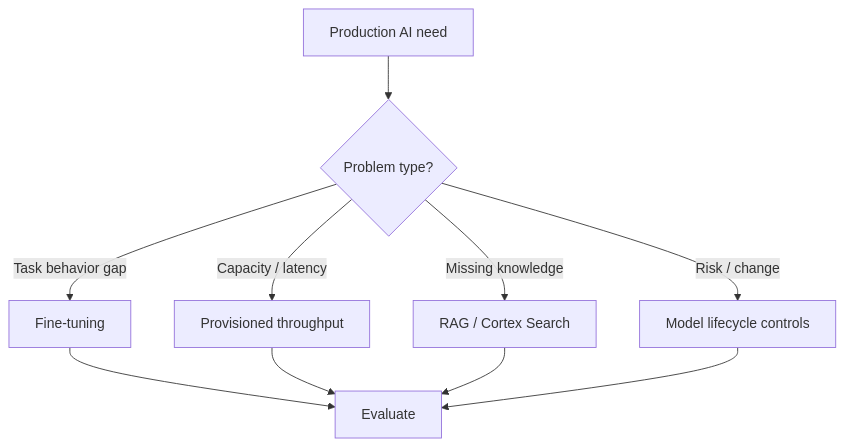
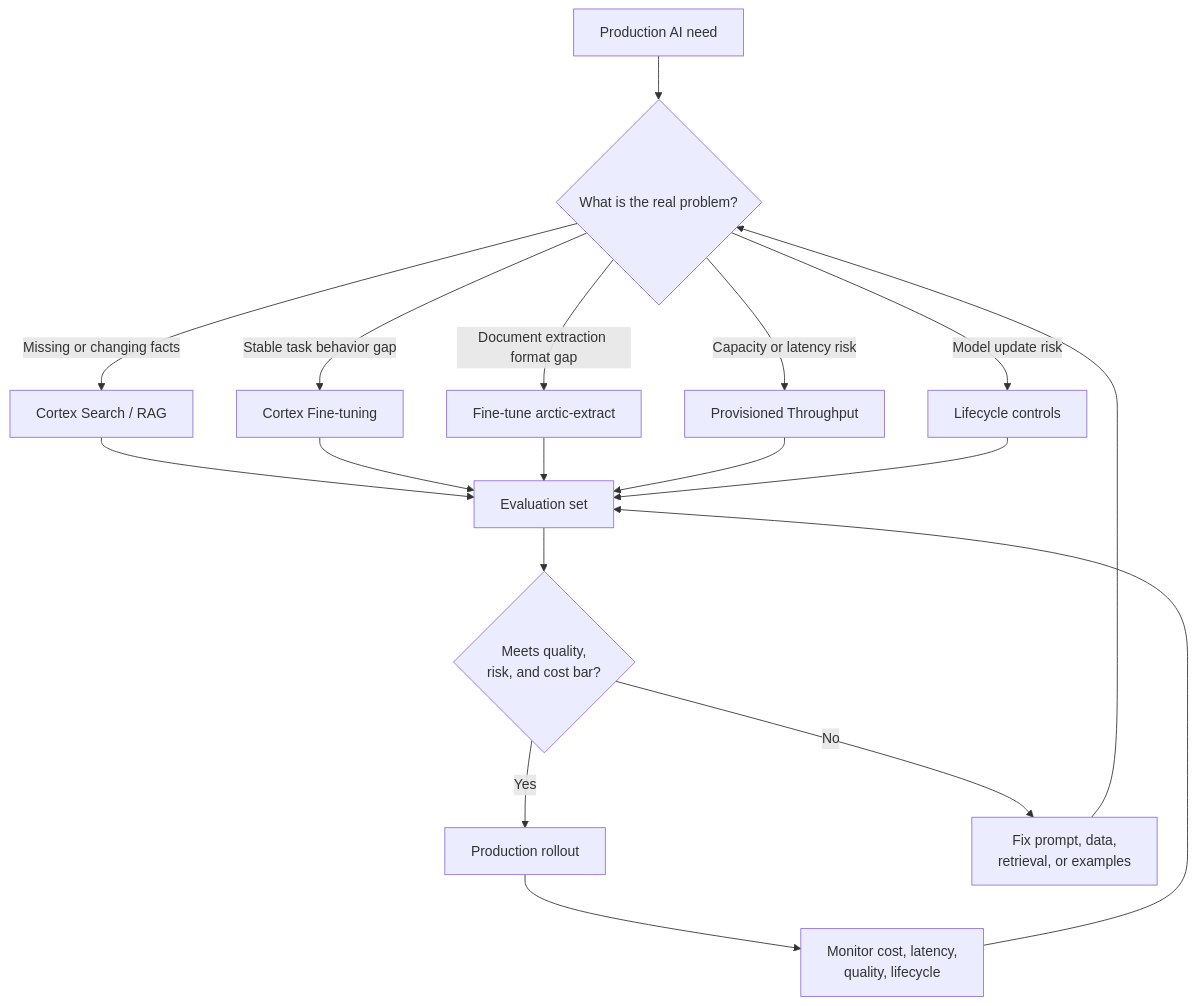
One commit to shonningsoy/Upskill changed the diagram in 01 Snowflake/05 Advanced Analytics and AI/43 Cortex Fine-tuning, Provisioned Throughput, and Model Lifecycle.md. Above: the diagram before and after it, drawn with Mermaid. The commit also changed other lines of this file and 1 other file, not shown here.

Commit message:
Expand Snowflake Cortex fine-tuning lifecycle note

````diff
--- a/01 Snowflake/05 Advanced Analytics and AI/43 Cortex Fine-tuning, Provisioned Throughput, and Model Lifecycle.md
+++ b/01 Snowflake/05 Advanced Analytics and AI/43 Cortex Fine-tuning, Provisioned Throughput, and Model Lifecycle.md
@@ -59,12 +74,22 @@
 ```mermaid
 flowchart TD
-    NEED[Production AI need] --> Q{Problem type?}
-    Q -->|Missing knowledge| RAG[RAG / Cortex Search]
-    Q -->|Task behavior gap| FT[Fine-tuning]
-    Q -->|Capacity / latency| PT[Provisioned throughput]
-    Q -->|Risk / change| LIFE[Model lifecycle controls]
-    FT --> EVAL[Evaluate]
+    NEED[Production AI need] --> DIAG{What is the real problem?}
+    DIAG -->|Missing or changing facts| RAG[Cortex Search / RAG]
+    DIAG -->|Stable task behavior gap| FT[Cortex Fine-tuning]
+    DIAG -->|Document extraction format gap| AE[Fine-tune arctic-extract]
+    DIAG -->|Capacity or latency risk| PT[Provisioned Throughput]
+    DIAG -->|Model update risk| LIFE[Lifecycle controls]
+
+    RAG --> EVAL[Evaluation set]
+    FT --> EVAL
+    AE --> EVAL
     PT --> EVAL
-    RAG --> EVAL
     LIFE --> EVAL
+
+    EVAL --> APPROVE{Meets quality,<br/>risk, and cost bar?}
+    APPROVE -->|Yes| PROD[Production rollout]
+    APPROVE -->|No| FIX[Fix prompt, data,<br/>retrieval, or examples]
+    FIX --> DIAG
+    PROD --> MONITOR[Monitor cost, latency,<br/>quality, lifecycle]
+    MONITOR --> EVAL
 ```
````
